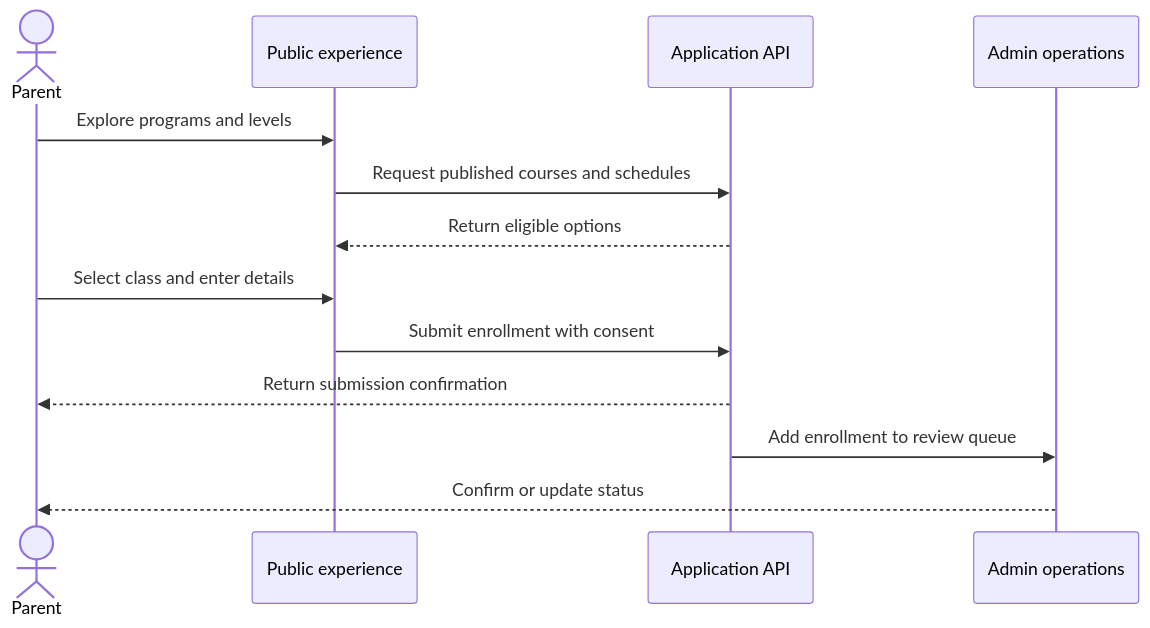
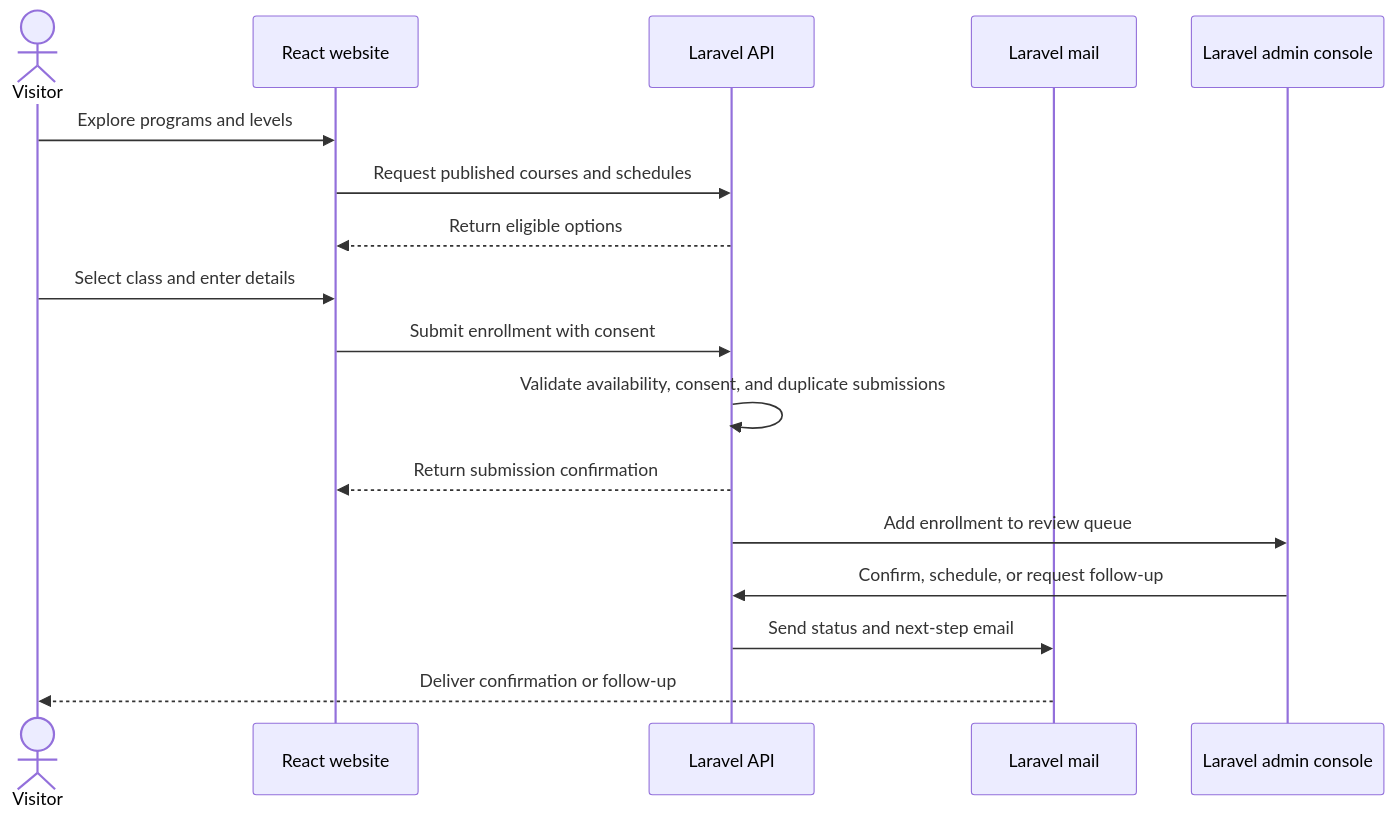
Before and after one commit to kajolmehra/codebloom-learning-platform: the second of 5 diagrams in docs/USER-FLOWS.md, drawn with Mermaid. The commit also changed other lines of this file and 2 other files, not shown here.

````diff
--- a/docs/USER-FLOWS.md
+++ b/docs/USER-FLOWS.md
@@ -5,16 +19,20 @@
 ```mermaid
 sequenceDiagram
-    actor Parent
-    participant Site as Public experience
-    participant API as Application API
-    participant Ops as Admin operations
+    actor Visitor
+    participant Site as React website
+    participant API as Laravel API
+    participant Mail as Laravel mail
+    participant Ops as Laravel admin console
 
-    Parent->>Site: Explore programs and levels
+    Visitor->>Site: Explore programs and levels
     Site->>API: Request published courses and schedules
     API-->>Site: Return eligible options
-    Parent->>Site: Select class and enter details
+    Visitor->>Site: Select class and enter details
     Site->>API: Submit enrollment with consent
-    API-->>Parent: Return submission confirmation
+    API->>API: Validate availability, consent, and duplicate submissions
+    API-->>Site: Return submission confirmation
     API->>Ops: Add enrollment to review queue
-    Ops-->>Parent: Confirm or update status
+    Ops->>API: Confirm, schedule, or request follow-up
+    API->>Mail: Send status and next-step email
+    Mail-->>Visitor: Deliver confirmation or follow-up
 ```
````
